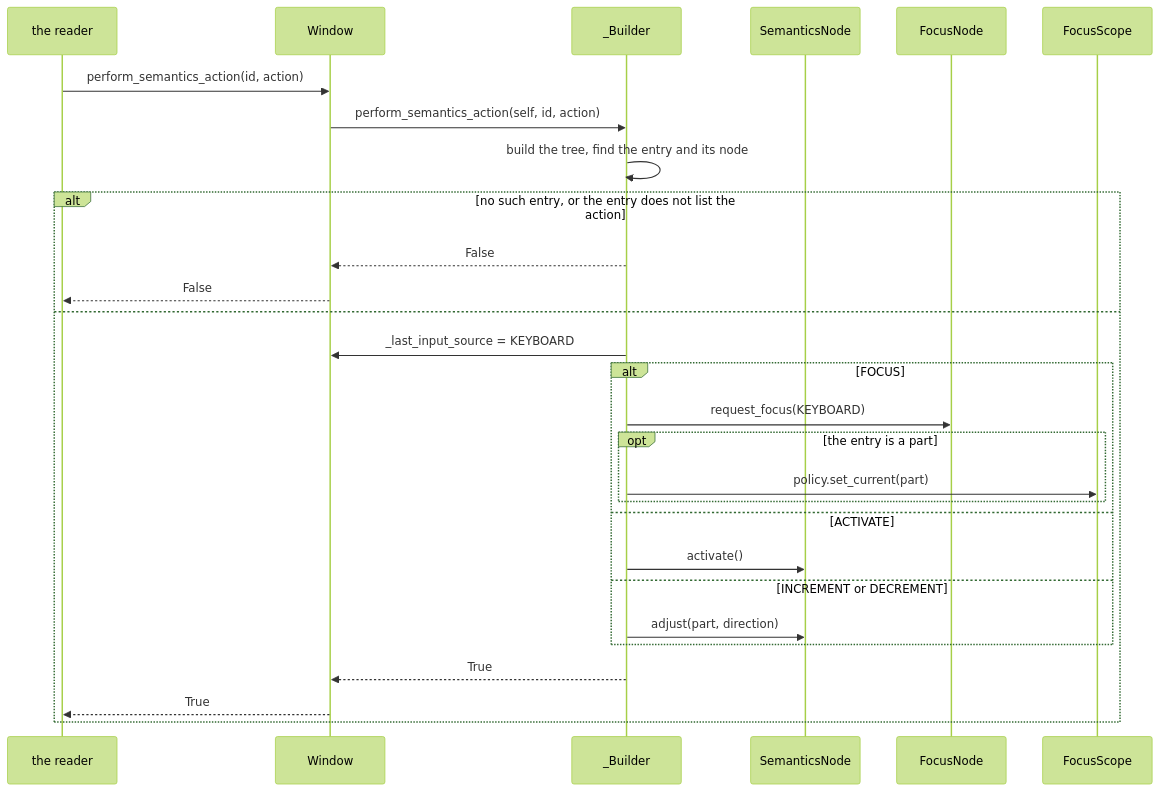
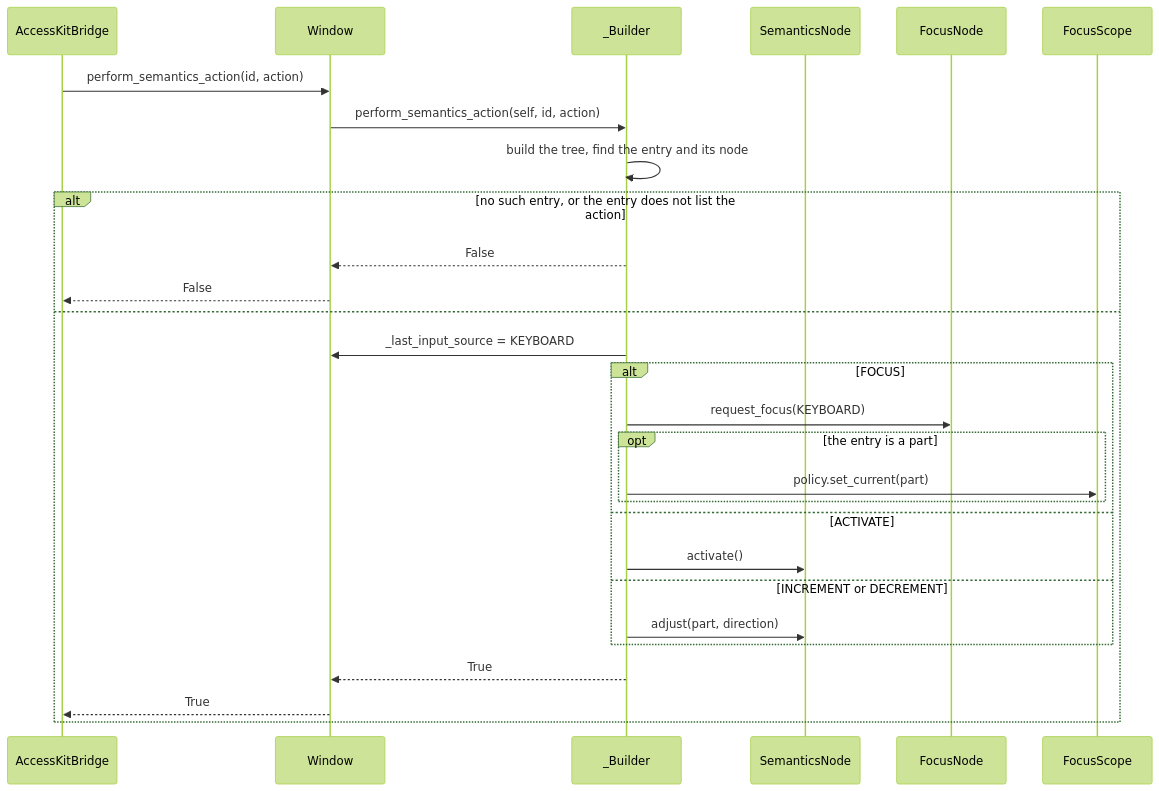
One commit to yuksblog/nuiitivet changed the fourth of 7 diagrams in docs/design/ACCESSIBILITY.md. Above: the diagram before and after it, drawn with Mermaid (forest theme). The commit also changed other lines of this file and 18 other files, not shown here.

First line of the commit message:
feat(accessibility): hand the semantics tree to VoiceOver through AccessKit on macOS

````diff
--- a/docs/design/ACCESSIBILITY.md
+++ b/docs/design/ACCESSIBILITY.md
@@ -143,31 +150,31 @@
 ```mermaid
 sequenceDiagram
-    participant R as the reader
+    participant R as AccessKitBridge
     participant W as Window
     participant B as _Builder
     participant N as SemanticsNode
     participant F as FocusNode
     participant S as FocusScope
 
     R->>W: perform_semantics_action(id, action)
     W->>B: perform_semantics_action(self, id, action)
     B->>B: build the tree, find the entry and its node
     alt no such entry, or the entry does not list the action
         B-->>W: False
         W-->>R: False
     else
         B->>W: _last_input_source = KEYBOARD
         alt FOCUS
             B->>F: request_focus(KEYBOARD)
             opt the entry is a part
                 B->>S: policy.set_current(part)
             end
         else ACTIVATE
             B->>N: activate()
         else INCREMENT or DECREMENT
             B->>N: adjust(part, direction)
         end
         B-->>W: True
         W-->>R: True
     end
 ```
````
